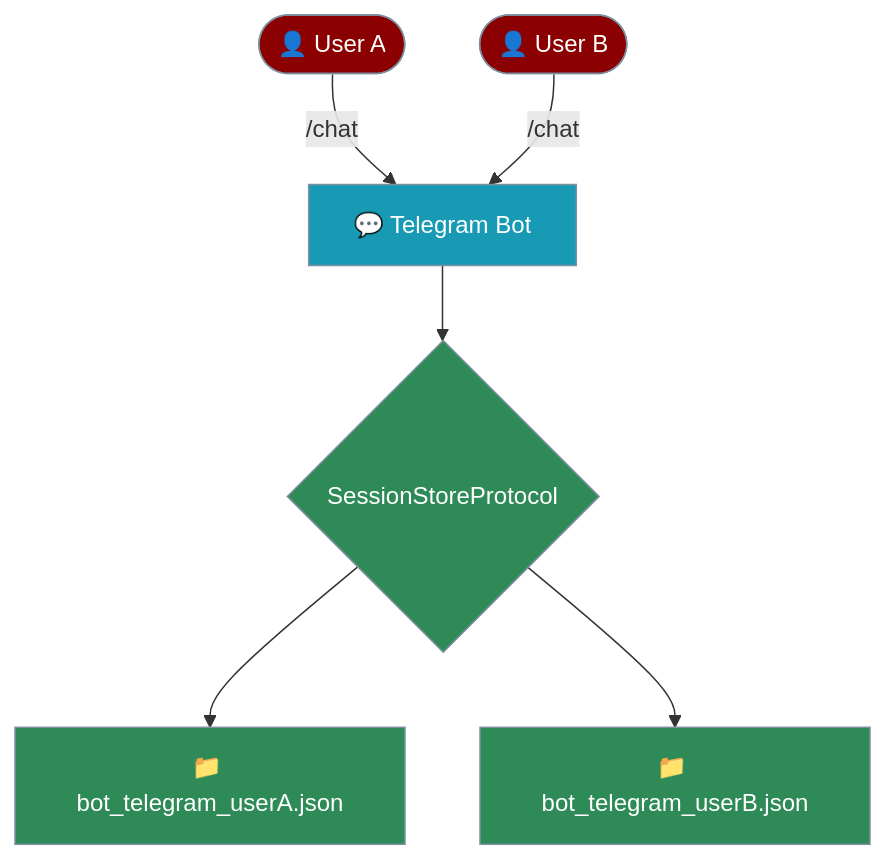
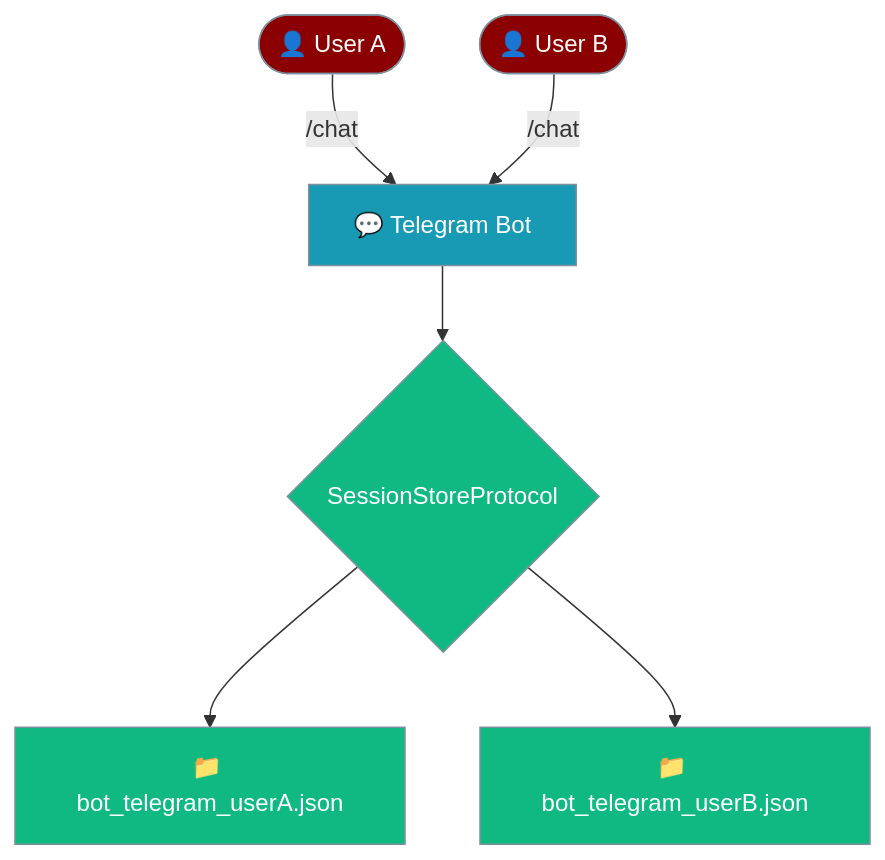
The second of 2 diagrams in docs/features/session-protocol.mdx (MervinPraison/PraisonAIDocs), drawn with Mermaid before and after one commit. The commit also changed other lines of this file and 10 other files, not shown here.

First line of the commit message:
docs: normalise §3.1 Mermaid palette in features + tools (fixes #1556)

````diff
--- a/docs/features/session-protocol.mdx
+++ b/docs/features/session-protocol.mdx
@@ -238,16 +238,16 @@
 ```mermaid
 graph TD
     U1([👤 User A]) -->|/chat| Bot[💬 Telegram Bot]
     U2([👤 User B]) -->|/chat| Bot
     Bot --> Store{SessionStoreProtocol}
     Store --> F1[📁 bot_telegram_userA.json]
     Store --> F2[📁 bot_telegram_userB.json]
 
     classDef user fill:#8B0000,stroke:#7C90A0,color:#fff
     classDef bot fill:#189AB4,stroke:#7C90A0,color:#fff
-    classDef store fill:#2E8B57,stroke:#7C90A0,color:#fff
+    classDef store fill:#10B981,stroke:#7C90A0,color:#fff
 
     class U1,U2 user
     class Bot bot
     class Store,F1,F2 store
 ```
````
